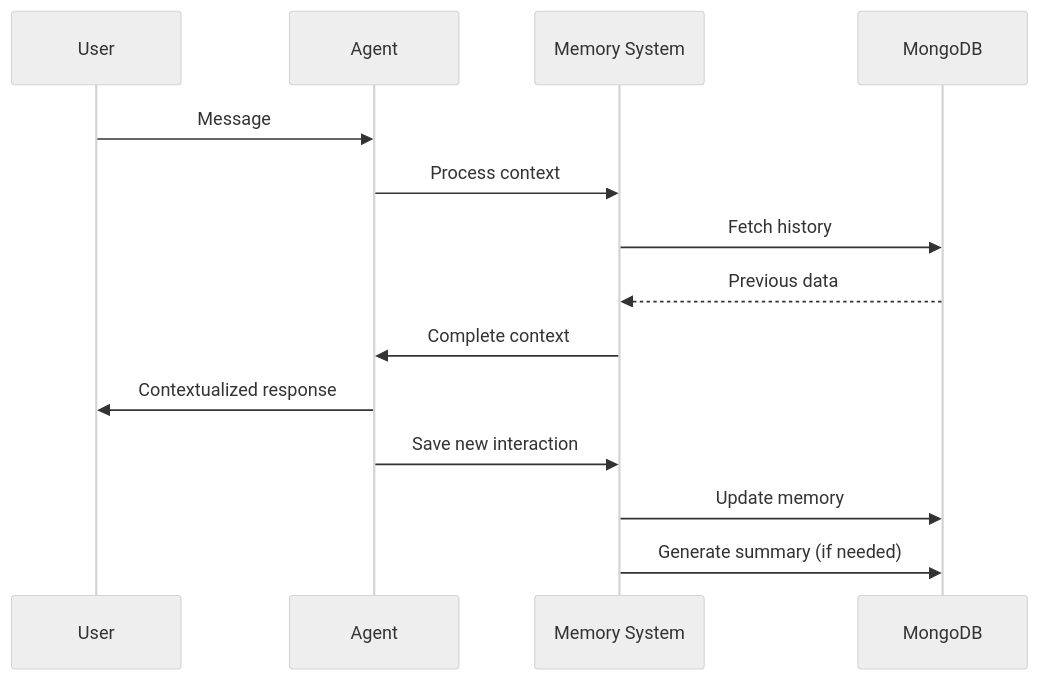
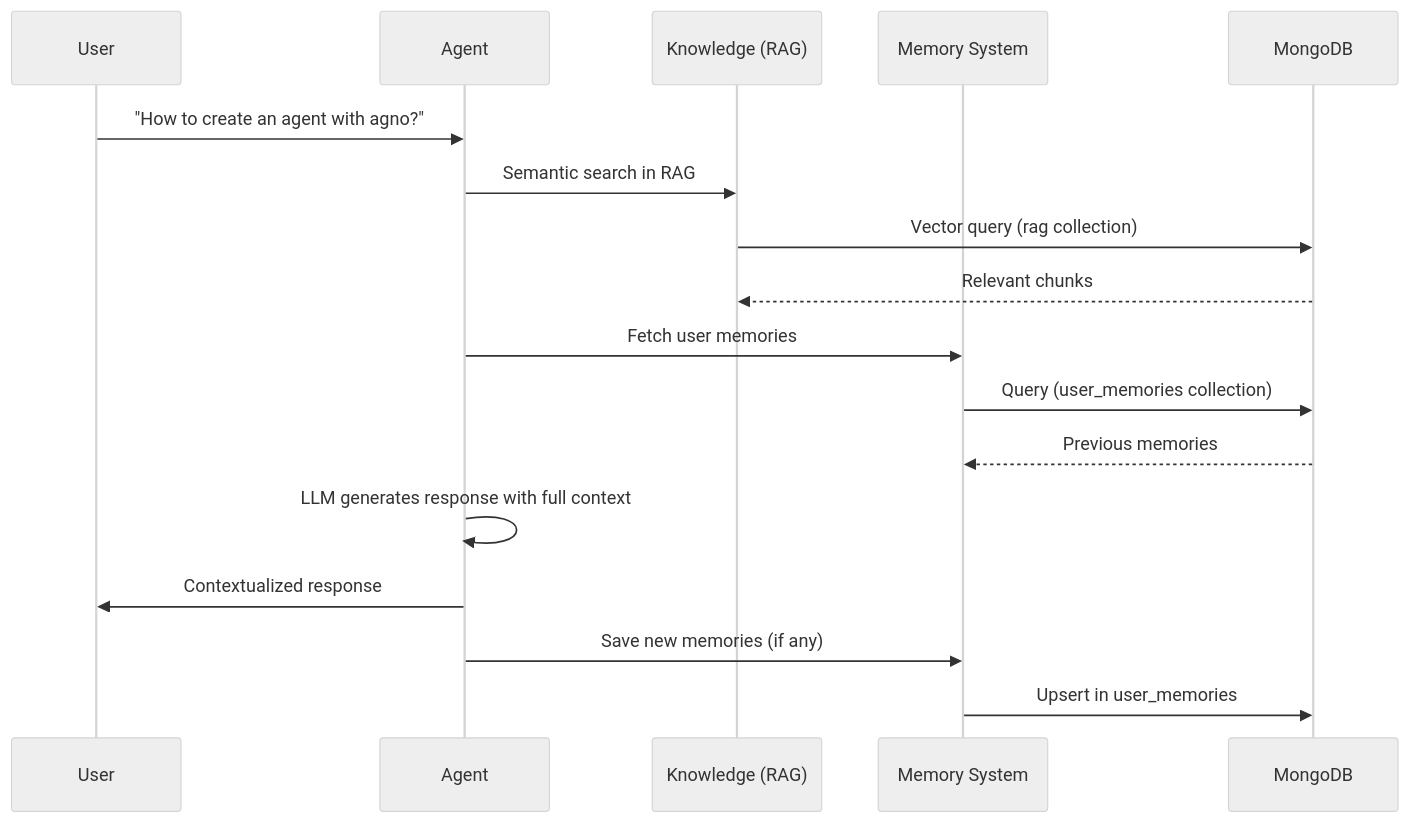
One commit to Mosfet04/orquestradorIAPythonArgo changed the third of 3 diagrams in README.en.md. Above: the diagram before and after it, drawn with Mermaid (neutral theme). The commit also changed other lines of this file and 62 other files, not shown here.

````diff
--- a/README.en.md
+++ b/README.en.md
@@ -658,17 +569,20 @@
 ```mermaid
 sequenceDiagram
     participant U as User
     participant A as Agent
+    participant K as Knowledge (RAG)
     participant M as Memory System
     participant DB as MongoDB
-    
-    U->>A: Message
-    A->>M: Process context
-    M->>DB: Fetch history
-    DB-->>M: Previous data
-    M->>A: Complete context
+
+    U->>A: "How to create an agent with agno?"
+    A->>K: Semantic search in RAG
+    K->>DB: Vector query (rag collection)
+    DB-->>K: Relevant chunks
+    A->>M: Fetch user memories
+    M->>DB: Query (user_memories collection)
+    DB-->>M: Previous memories
+    A->>A: LLM generates response with full context
     A->>U: Contextualized response
-    A->>M: Save new interaction
-    M->>DB: Update memory
-    M->>DB: Generate summary (if needed)
+    A->>M: Save new memories (if any)
+    M->>DB: Upsert in user_memories
 ```
````
